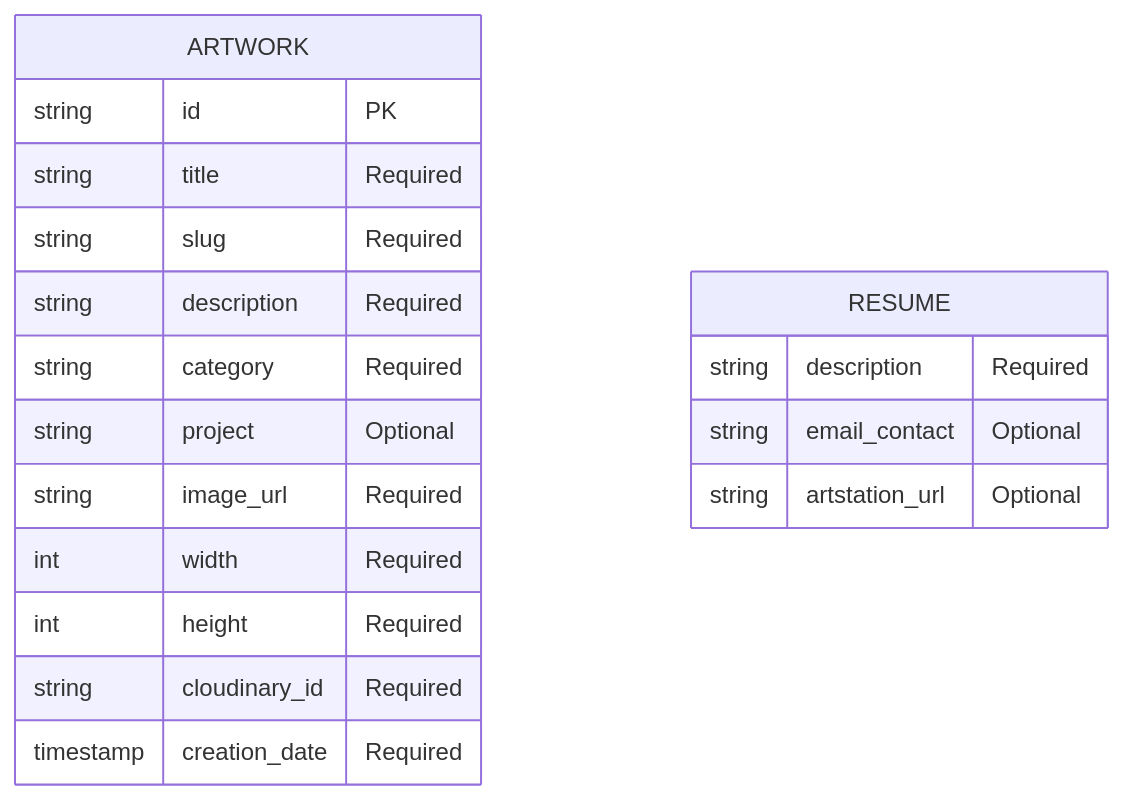
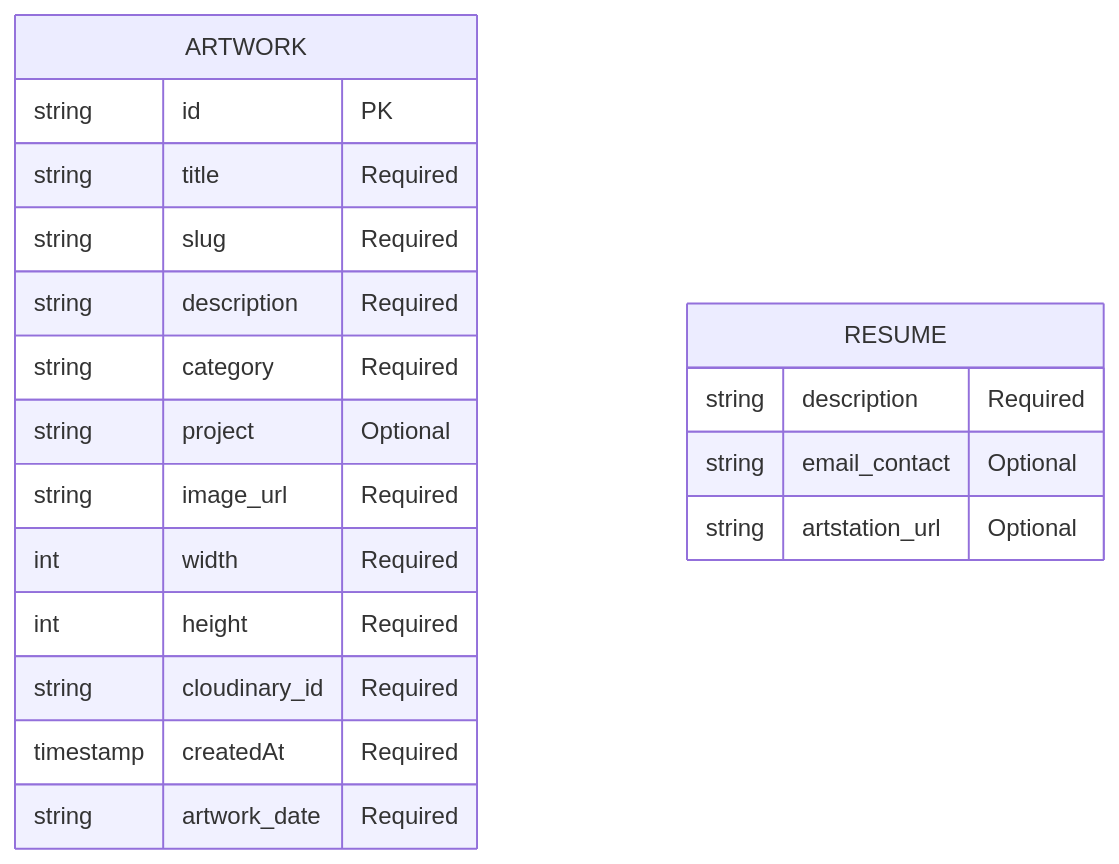
The diagram in docs/data_model_diagram.md (Mnxvll/concept-art-portfolio), drawn with Mermaid before and after one commit. The commit also changed other lines of this file and 4 other files, not shown here.

````diff
--- a/docs/data_model_diagram.md
+++ b/docs/data_model_diagram.md
@@ -4,22 +4,23 @@
 ```mermaid
 erDiagram
     ARTWORK {
         string id "PK"
         string title "Required"
         string slug "Required"
         string description "Required"
         string category "Required"
         string project "Optional"
         string image_url "Required"
         int width "Required"
         int height "Required"
         string cloudinary_id "Required"
-        timestamp creation_date "Required"
+        timestamp createdAt "Required"
+        string artwork_date "Required"
     }
 
     RESUME {
         string description "Required"
         string email_contact "Optional"
         string artstation_url "Optional"
     }
 ```
````
